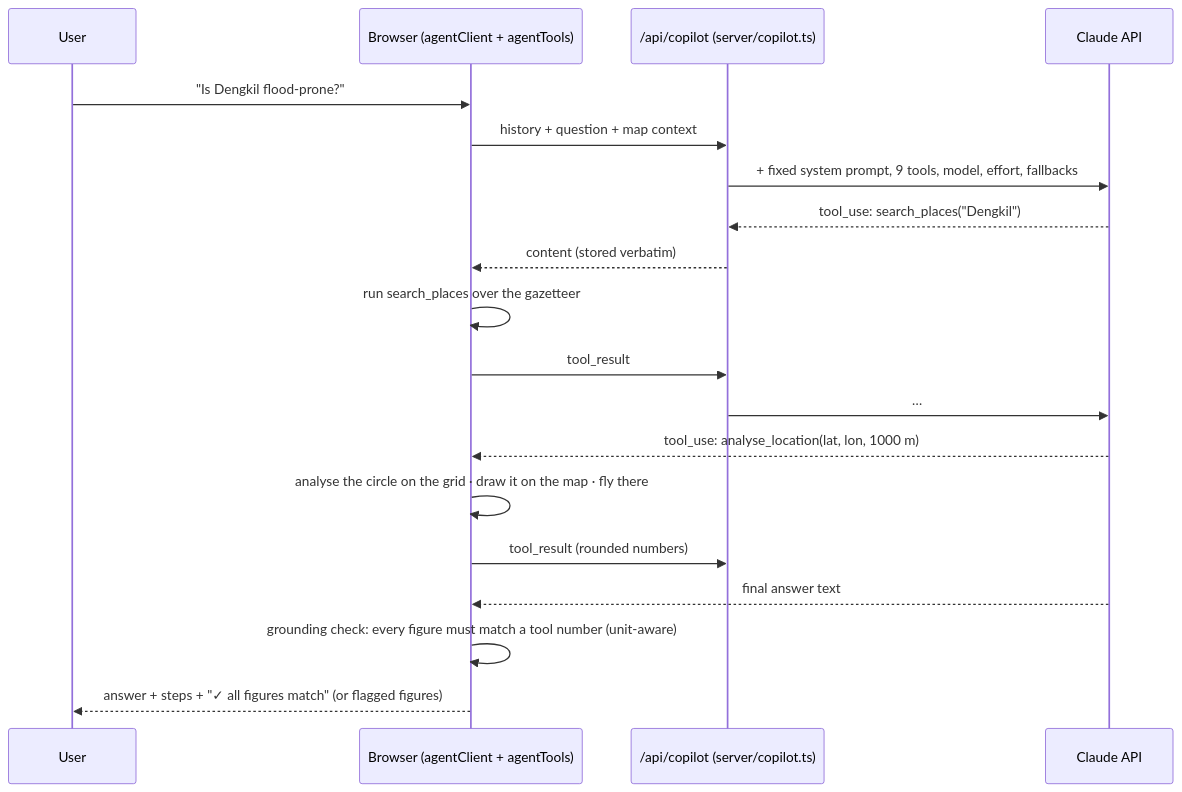
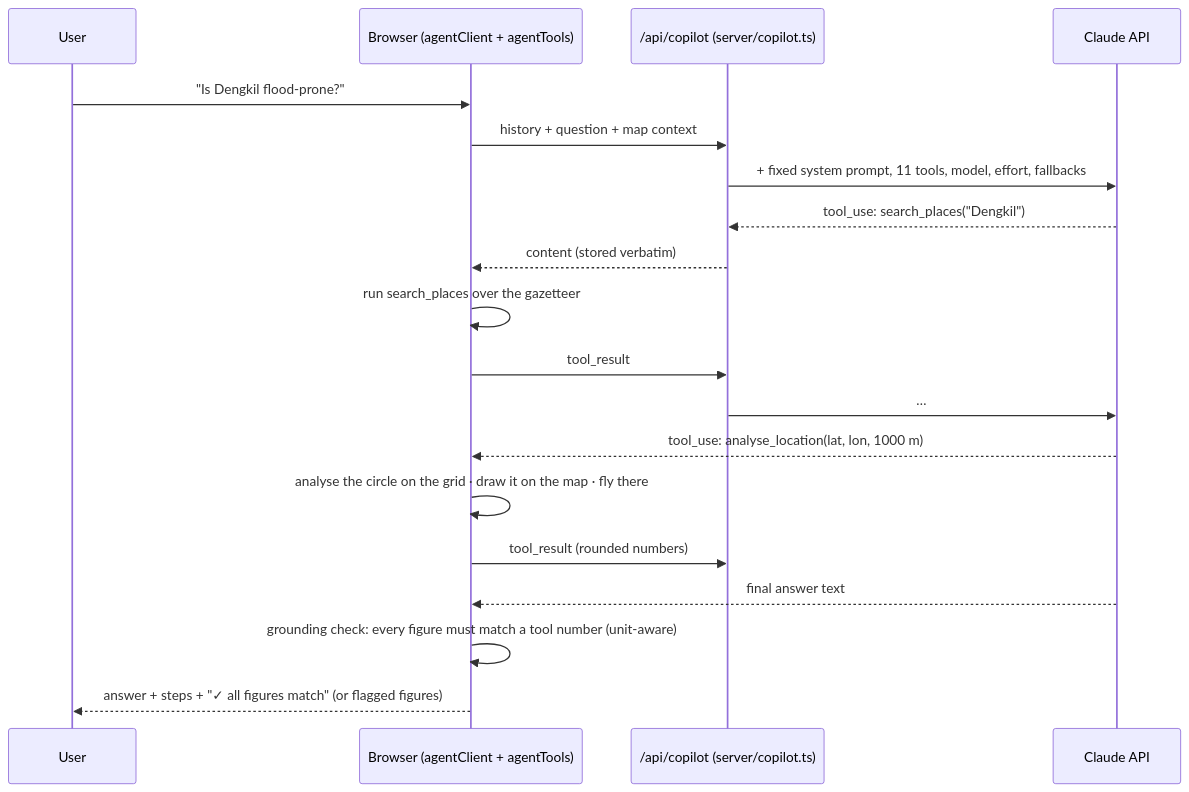
Before and after one commit to LuqmanNurhakimRosli/gingko-protototype: the second of 2 diagrams in docs/ARCHITECTURE.md, drawn with Mermaid. The commit also changed other lines of this file and 5 other files, not shown here.

````diff
--- a/docs/ARCHITECTURE.md
+++ b/docs/ARCHITECTURE.md
@@ -85,21 +92,21 @@
 ```mermaid
 sequenceDiagram
   participant U as User
   participant B as Browser (agentClient + agentTools)
   participant F as /api/copilot (server/copilot.ts)
   participant C as Claude API
   U->>B: "Is Dengkil flood-prone?"
   B->>F: history + question + map context
-  F->>C: + fixed system prompt, 9 tools, model, effort, fallbacks
+  F->>C: + fixed system prompt, 11 tools, model, effort, fallbacks
   C-->>F: tool_use: search_places("Dengkil")
   F-->>B: content (stored verbatim)
   B->>B: run search_places over the gazetteer
   B->>F: tool_result
   F->>C: …
   C-->>B: tool_use: analyse_location(lat, lon, 1000 m)
   B->>B: analyse the circle on the grid · draw it on the map · fly there
   B->>F: tool_result (rounded numbers)
   C-->>B: final answer text
   B->>B: grounding check: every figure must match a tool number (unit-aware)
   B-->>U: answer + steps + "✓ all figures match" (or flagged figures)
 ```
````
